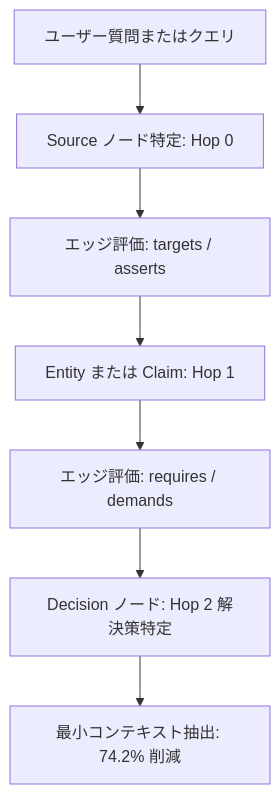
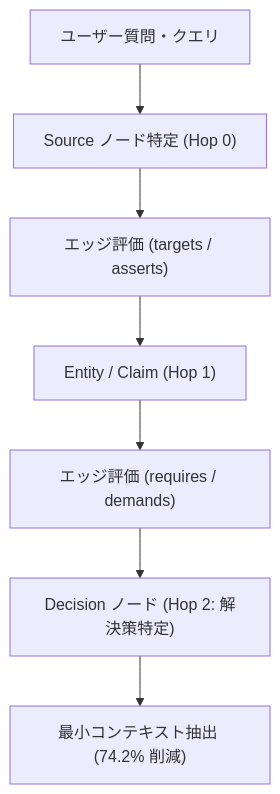
The fourth of 6 diagrams in docs/designs/DSN-14-graph_engineering_dashboard.md (rokujyouhitoma/arxiv-security-papers), drawn with Mermaid before and after one commit. The commit also changed other lines of this file and 5 other files, not shown here.

Commit message:
fix(docs): format all DSN-14 diagrams to match exact DSN-05 graph TD syntax

````diff
--- a/docs/designs/DSN-14-graph_engineering_dashboard.md
+++ b/docs/designs/DSN-14-graph_engineering_dashboard.md
@@ -341,9 +317,9 @@
 ```mermaid
-flowchart TD
-    Query["ユーザー質問またはクエリ"] --> S_Root["Source ノード特定: Hop 0"]
-    S_Root --> Rel_1["エッジ評価: targets / asserts"]
-    Rel_1 --> E_Hop1["Entity または Claim: Hop 1"]
-    E_Hop1 --> Rel_2["エッジ評価: requires / demands"]
-    Rel_2 --> D_Hop2["Decision ノード: Hop 2 解決策特定"]
-    D_Hop2 --> CompContext["最小コンテキスト抽出: 74.2% 削減"]
+graph TD
+    Q["ユーザー質問・クエリ"] --> S["Source ノード特定 (Hop 0)"]
+    S --> R1["エッジ評価 (targets / asserts)"]
+    R1 --> E["Entity / Claim (Hop 1)"]
+    E --> R2["エッジ評価 (requires / demands)"]
+    R2 --> D["Decision ノード (Hop 2: 解決策特定)"]
+    D --> C["最小コンテキスト抽出 (74.2% 削減)"]
 ```
````
